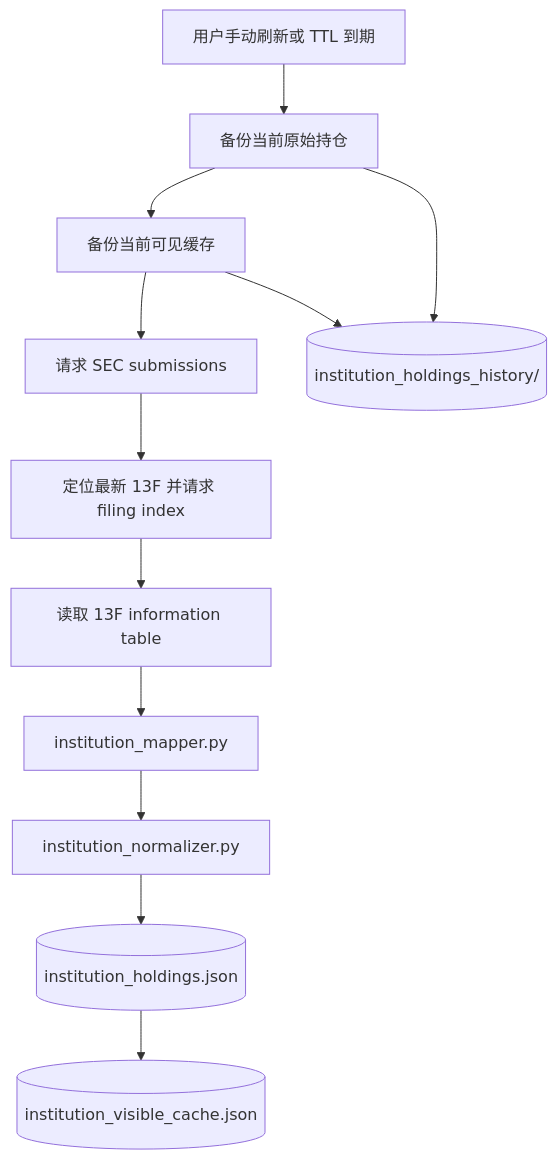
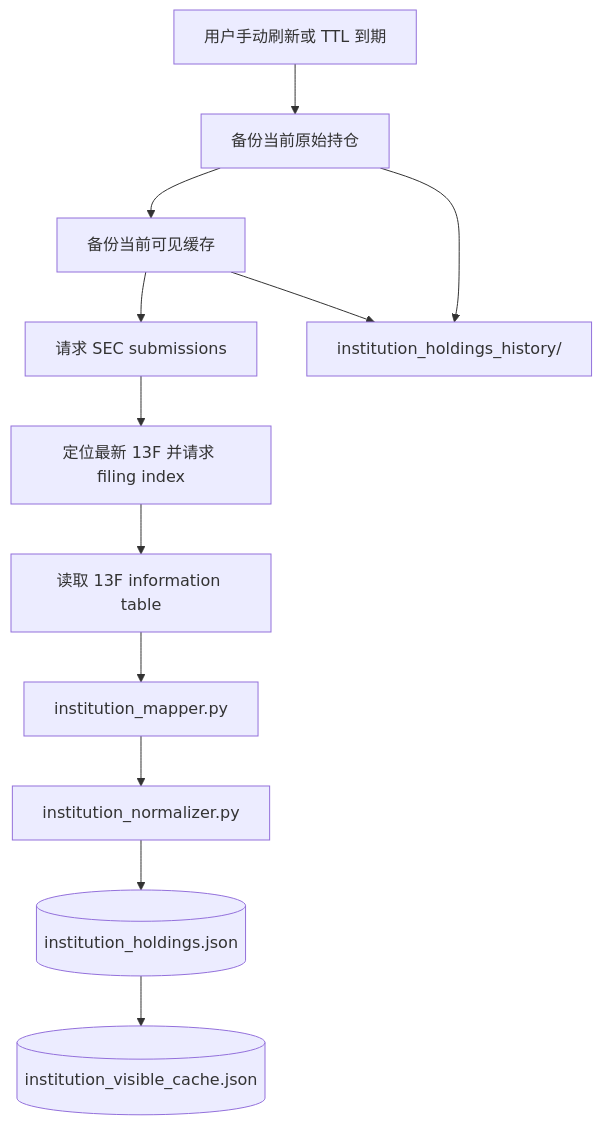
The fourth of 5 diagrams in ARCHITECTURE.md (RESBI/StockTracing), drawn with Mermaid before and after one commit. The commit also changed other lines of this file, not shown here.

Commit message:
Fix architecture Mermaid diagrams

````diff
--- a/ARCHITECTURE.md
+++ b/ARCHITECTURE.md
@@ -101,26 +101,26 @@
 ```mermaid
 flowchart TD
     Trigger[用户手动刷新或 TTL 到期]
     BackupRaw[备份当前原始持仓]
     BackupVisible[备份当前可见缓存]
     SecSubmissions[请求 SEC submissions]
     FilingIndex[定位最新 13F 并请求 filing index]
     InfoTable[读取 13F information table]
     Mapper[institution_mapper.py]
     Normalizer[institution_normalizer.py]
     RawJson[(institution_holdings.json)]
     VisibleJson[(institution_visible_cache.json)]
-    History[(institution_holdings_history/)]
+    History["institution_holdings_history/"]
 
     Trigger --> BackupRaw
     BackupRaw --> BackupVisible
     BackupRaw --> History
     BackupVisible --> History
     BackupVisible --> SecSubmissions
     SecSubmissions --> FilingIndex
     FilingIndex --> InfoTable
     InfoTable --> Mapper
     Mapper --> Normalizer
     Normalizer --> RawJson
     RawJson --> VisibleJson
 ```
````
